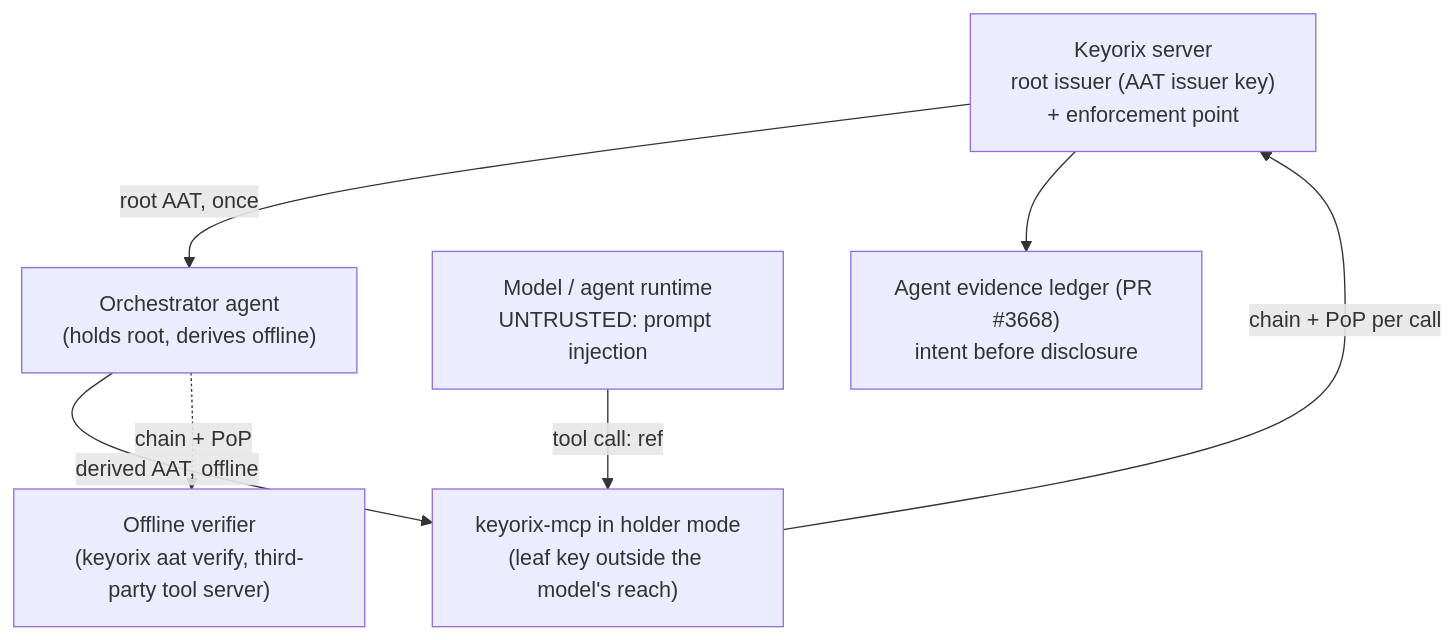
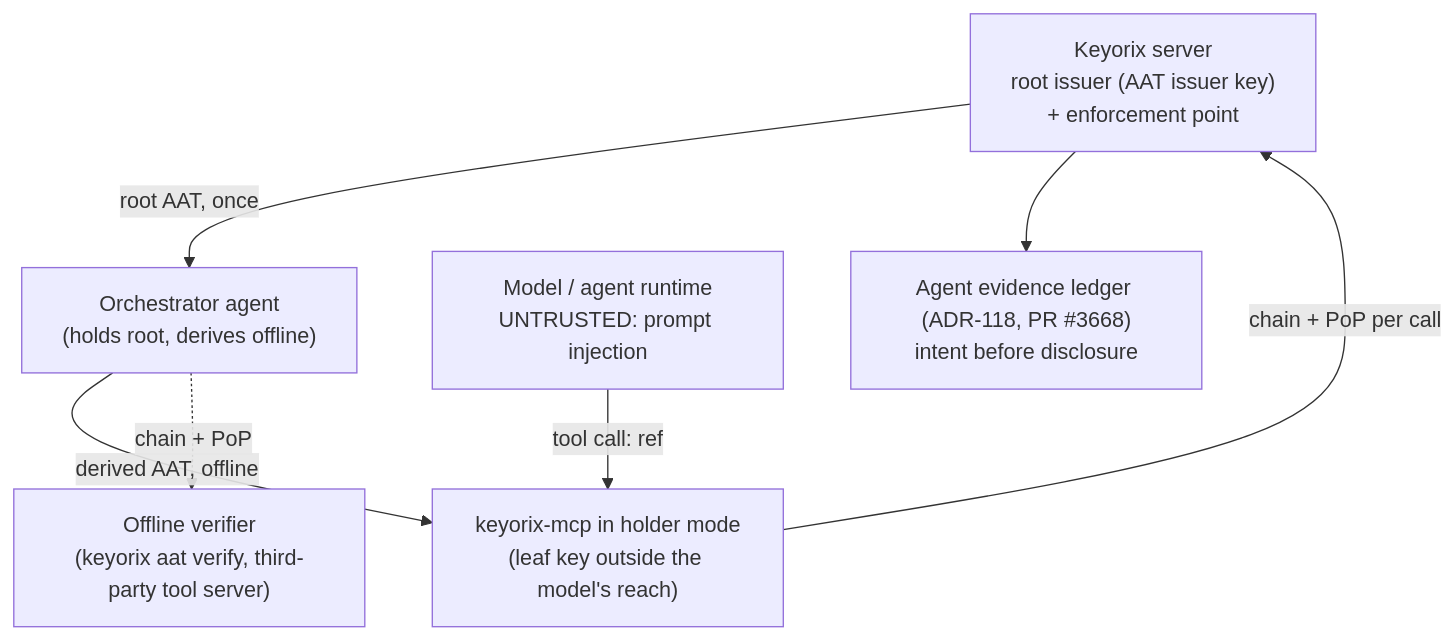
The diagram in docs/security/threat-models/agent-delegation-tokens.md (keyorixhq/keyorix), drawn with Mermaid before and after one commit. The commit also changed other lines of this file and 4 other files, not shown here.

````diff
--- a/docs/security/threat-models/agent-delegation-tokens.md
+++ b/docs/security/threat-models/agent-delegation-tokens.md
@@ -17,16 +17,16 @@
 ```mermaid
 flowchart TB
     KX["Keyorix server\nroot issuer (AAT issuer key)\n+ enforcement point"]
     ORCH["Orchestrator agent\n(holds root, derives offline)"]
     MCP["keyorix-mcp in holder mode\n(leaf key outside the model's reach)"]
     LLM["Model / agent runtime\nUNTRUSTED: prompt injection"]
     EXT["Offline verifier\n(keyorix aat verify, third-party tool server)"]
-    LEDGER["Agent evidence ledger (PR #3668)\nintent before disclosure"]
+    LEDGER["Agent evidence ledger (ADR-118, PR #3668)\nintent before disclosure"]
 
     KX -->|root AAT, once| ORCH
     ORCH -->|derived AAT, offline| MCP
     LLM -->|tool call: ref| MCP
     MCP -->|chain + PoP per call| KX
     KX --> LEDGER
     ORCH -.->|chain + PoP| EXT
 ```
````
